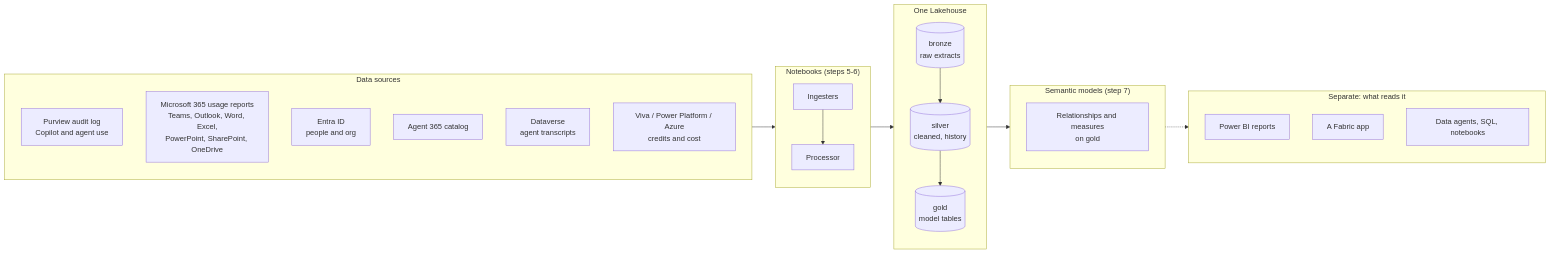
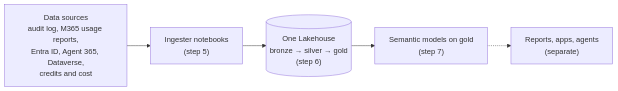
One commit to microsoft/universal-lake changed the diagram in README.md. Above: the diagram before and after it, drawn with Mermaid. The commit also changed other lines of this file and 18 other files, not shown here.

````diff
--- a/README.md
+++ b/README.md
@@ -19,30 +15,7 @@
 ```mermaid
 flowchart LR
-  subgraph S["Data sources"]
-    direction TB
-    s1[Purview audit log<br/>Copilot and agent use]
-    s3[Microsoft 365 usage reports<br/>Teams, Outlook, Word, Excel,<br/>PowerPoint, SharePoint, OneDrive]
-    s2[Entra ID<br/>people and org]
-    s4[Agent 365 catalog]
-    s5[Dataverse<br/>agent transcripts]
-    s6[Viva / Power Platform / Azure<br/>credits and cost]
-  end
-  subgraph N["Notebooks (steps 5-6)"]
-    direction TB
-    n1[Ingesters] --> n2[Processor]
-  end
-  subgraph L["One Lakehouse"]
-    direction TB
-    b[(bronze<br/>raw extracts)] --> sv[(silver<br/>cleaned, history)] --> g[(gold<br/>model tables)]
-  end
-  subgraph M["Semantic models (step 7)"]
-    m1[Relationships and measures<br/>on gold]
-  end
-  subgraph U["Separate: what reads it"]
-    direction TB
-    u1[Power BI reports]
-    u2[A Fabric app]
-    u3[Data agents, SQL, notebooks]
-  end
-  S --> N --> L --> M -.-> U
+  S["Data sources<br/>audit log, M365 usage reports,<br/>Entra ID, Agent 365, Dataverse,<br/>credits and cost"] --> N["Ingester notebooks<br/>(step 5)"]
+  N --> L[("One Lakehouse<br/>bronze → silver → gold<br/>(step 6)")]
+  L --> M["Semantic models on gold<br/>(step 7)"]
+  M -.-> U["Reports, apps, agents<br/>(separate)"]
 ```
````
